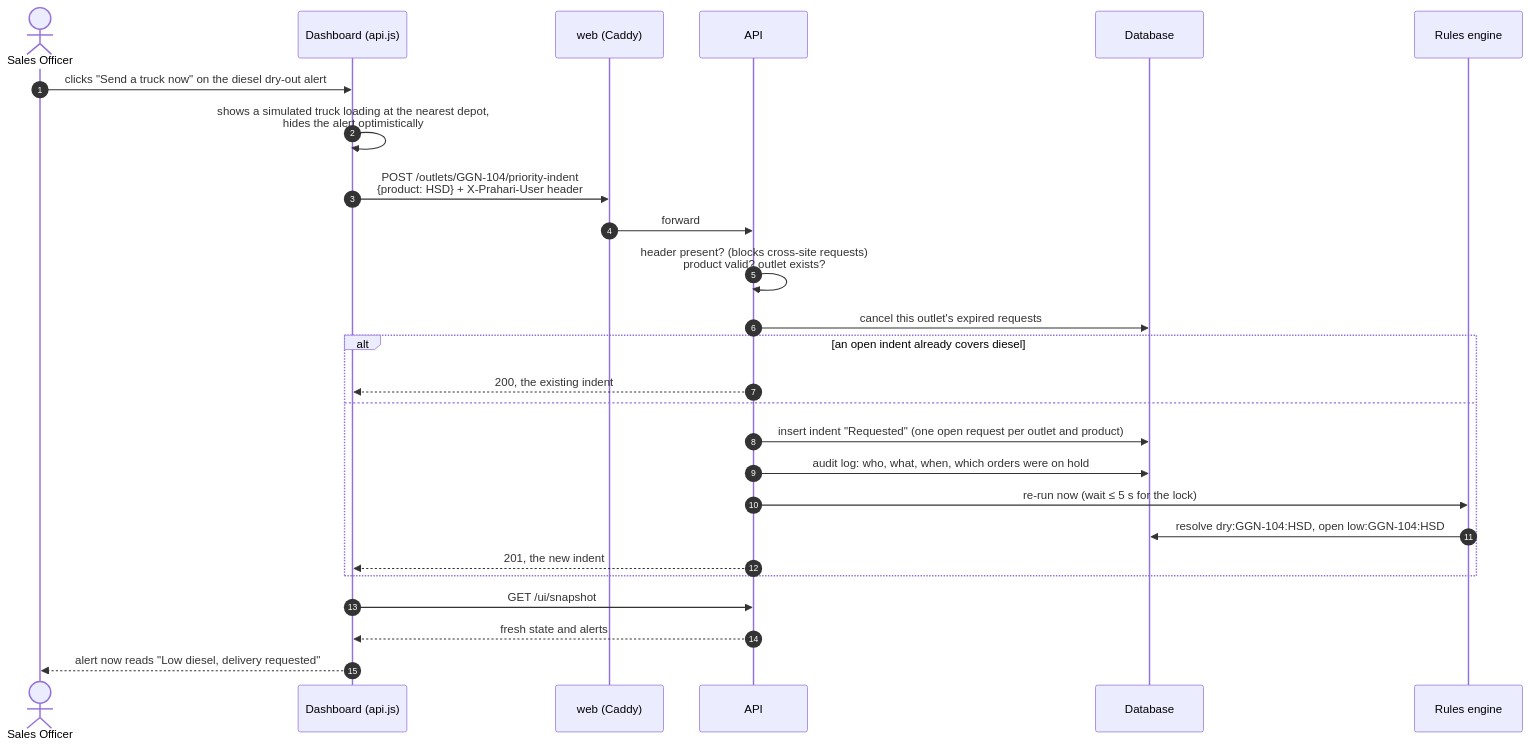
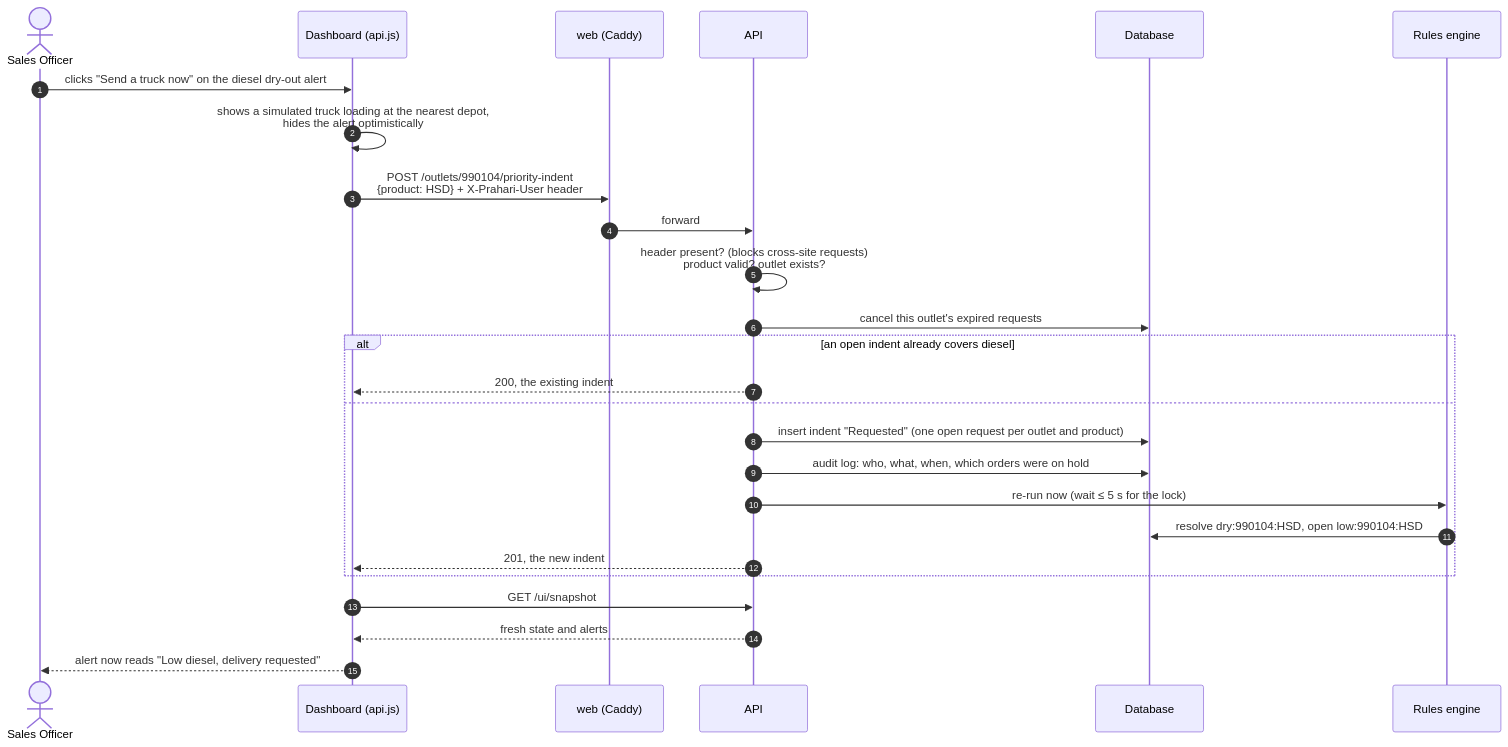
Diagram 14 of 20 in docs/architecture/system-diagrams.md (AG-droid/petroleum-dashboard), drawn with Mermaid before and after one commit. The commit also changed other lines of this file and 6 other files, not shown here.

````diff
--- a/docs/architecture/system-diagrams.md
+++ b/docs/architecture/system-diagrams.md
@@ -390,29 +390,29 @@
 ```mermaid
 sequenceDiagram
     autonumber
     actor SO as Sales Officer
     participant UI as Dashboard (api.js)
     participant Web as web (Caddy)
     participant API as API
     participant DB as Database
     participant Rules as Rules engine
 
     SO->>UI: clicks "Send a truck now" on the diesel dry-out alert
     UI->>UI: shows a simulated truck loading at the nearest depot,<br/>hides the alert optimistically
-    UI->>Web: POST /outlets/GGN-104/priority-indent<br/>{product: HSD} + X-Prahari-User header
+    UI->>Web: POST /outlets/990104/priority-indent<br/>{product: HSD} + X-Prahari-User header
     Web->>API: forward
     API->>API: header present? (blocks cross-site requests)<br/>product valid? outlet exists?
     API->>DB: cancel this outlet's expired requests
     alt an open indent already covers diesel
         API-->>UI: 200, the existing indent
     else
         API->>DB: insert indent "Requested" (one open request per outlet and product)
         API->>DB: audit log: who, what, when, which orders were on hold
         API->>Rules: re-run now (wait ≤ 5 s for the lock)
-        Rules->>DB: resolve dry:GGN-104:HSD, open low:GGN-104:HSD
+        Rules->>DB: resolve dry:990104:HSD, open low:990104:HSD
         API-->>UI: 201, the new indent
     end
     UI->>API: GET /ui/snapshot
     API-->>UI: fresh state and alerts
     UI-->>SO: alert now reads "Low diesel, delivery requested"
 ```
````
